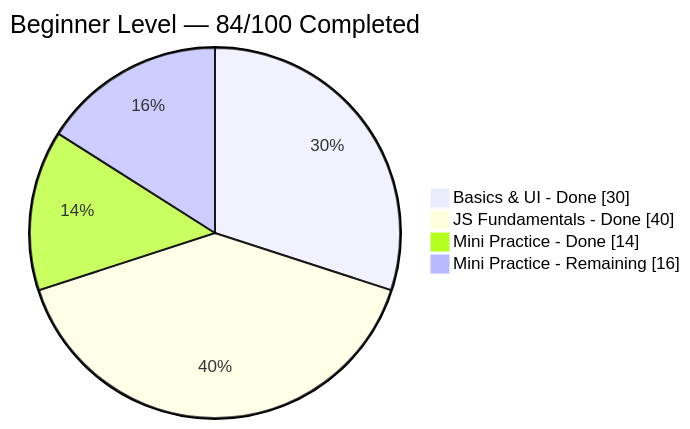
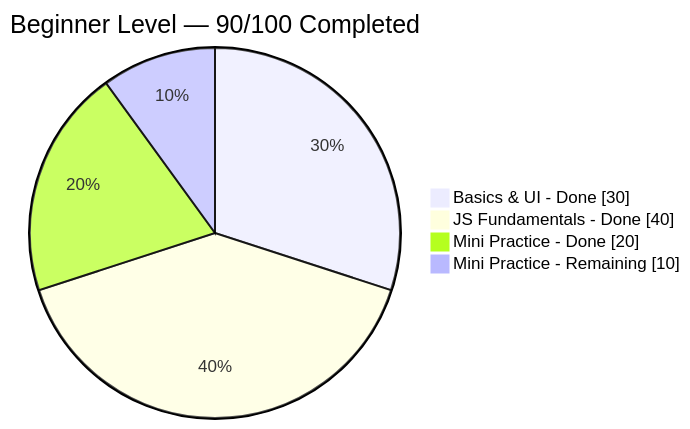
Before and after one commit to Debanga-06/Code-Odessey: the diagram in Beginner-Level/README.md, drawn with Mermaid. The commit also changed other lines of this file and 4 other files, not shown here.

````diff
--- a/Beginner-Level/README.md
+++ b/Beginner-Level/README.md
@@ -27,8 +27,8 @@
 ```mermaid
 pie showData
-    title Beginner Level — 84/100 Completed
+    title Beginner Level — 90/100 Completed
     "Basics & UI - Done" : 30
     "JS Fundamentals - Done" : 40
-    "Mini Practice - Done" : 14
-    "Mini Practice - Remaining" : 16
+    "Mini Practice - Done" : 20
+    "Mini Practice - Remaining" : 10
 ```
````
